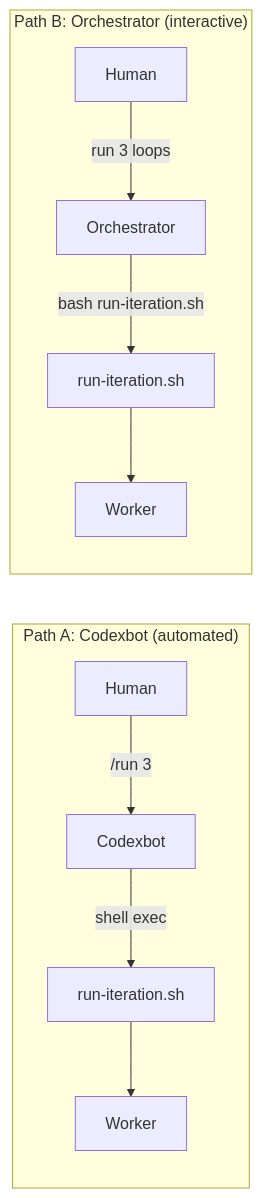
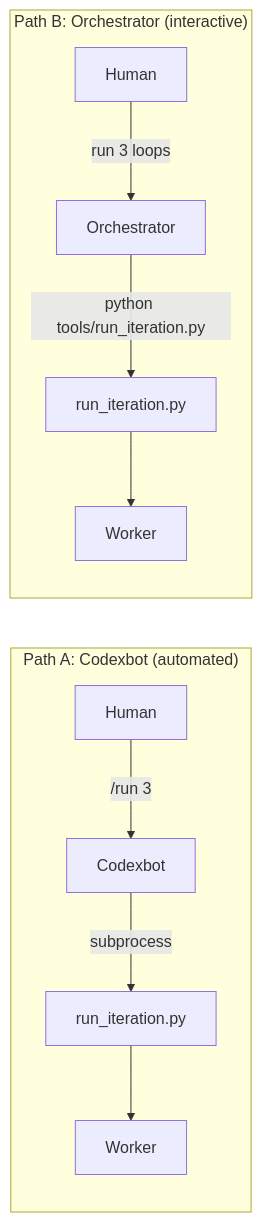
One commit to LesTP/i2c changed the second of 5 diagrams in WORKFLOW.md. Above: the diagram before and after it, drawn with Mermaid. The commit also changed other lines of this file and 2 other files, not shown here.

````diff
--- a/WORKFLOW.md
+++ b/WORKFLOW.md
@@ -59,14 +59,14 @@
 ```mermaid
 graph LR
     subgraph "Path A: Codexbot (automated)"
         H1["Human"] -->|"/run 3"| CB1["Codexbot"]
-        CB1 -->|"shell exec"| LR1["run-iteration.sh"]
+        CB1 -->|"subprocess"| LR1["run_iteration.py"]
         LR1 --> W1["Worker"]
     end
 
     subgraph "Path B: Orchestrator (interactive)"
         H2["Human"] -->|"run 3 loops"| CO2["Orchestrator"]
-        CO2 -->|"bash run-iteration.sh"| LR2["run-iteration.sh"]
+        CO2 -->|"python tools/run_iteration.py"| LR2["run_iteration.py"]
         LR2 --> W2["Worker"]
     end
 ```
````
